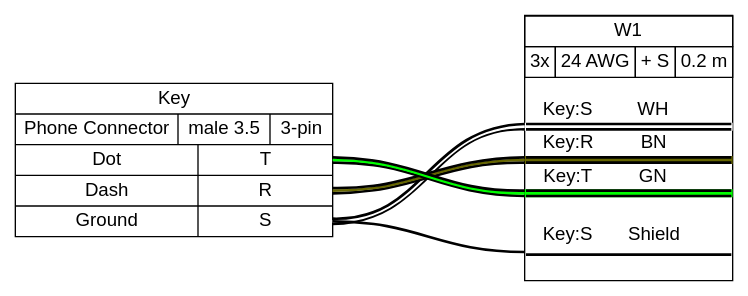
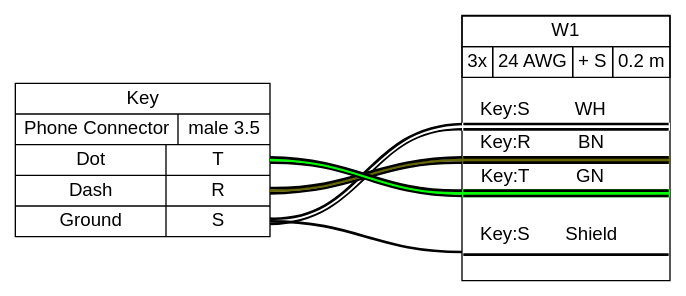
Before and after one commit to wireviz/WireViz: the diagram in examples/ex08.gv, drawn with Graphviz. The commit also changed 4 other files, not shown here.

```diff
--- a/examples/ex08.gv
+++ b/examples/ex08.gv
@@ -1,17 +1,17 @@
 graph {
 // Graph generated by WireViz
 // https://github.com/formatc1702/WireViz
 	graph [bgcolor=white fontname=arial nodesep=0.33 rankdir=LR ranksep=2]
 	node [fillcolor=white fontname=arial shape=record style=filled]
 	edge [fontname=arial style=bold]
-	Key [label="Key|{Phone Connector|male 3.5|3-pin}|{{Dot|Dash|Ground}|{<pTr>T|<pRr>R|<pSr>S}}"]
+	Key [label="Key|{Phone Connector|male 3.5}|{{Dot|Dash|Ground}|{<pTr>T|<pRr>R|<pSr>S}}"]
 	edge [color="#000000:#ffffff:#000000"]
 	Key:pSr:e -- W1:w1:w
 	edge [color="#000000:#666600:#000000"]
 	Key:pRr:e -- W1:w2:w
 	edge [color="#000000:#00ff00:#000000"]
 	Key:pTr:e -- W1:w3:w
 	edge [color="#000000"]
 	Key:pSr:e -- W1:ws:w
 	W1 [label=<<table border="0" cellspacing="0" cellpadding="0"><tr><td><table border="0" cellspacing="0" cellpadding="3" cellborder="1"><tr><td colspan="4">W1</td></tr><tr><td>3x</td><td>24 AWG</td><td>+ S</td><td>0.2 m</td></tr></table></td></tr><tr><td>&nbsp;</td></tr><tr><td><table border="0" cellspacing="0" cellborder="0"><tr><td>Key:S</td><td>WH</td><td><!-- 1_out --></td></tr><tr><td colspan="3" cellpadding="0" height="6" bgcolor="#ffffff" border="2" sides="tb" port="w1"></td></tr><tr><td>Key:R</td><td>BN</td><td><!-- 2_out --></td></tr><tr><td colspan="3" cellpadding="0" height="6" bgcolor="#666600" border="2" sides="tb" port="w2"></td></tr><tr><td>Key:T</td><td>GN</td><td><!-- 3_out --></td></tr><tr><td colspan="3" cellpadding="0" height="6" bgcolor="#00ff00" border="2" sides="tb" port="w3"></td></tr><tr><td>&nbsp;</td></tr><tr><td>Key:S</td><td>Shield</td><td><!-- s_out --></td></tr><tr><td colspan="3" cellpadding="0" height="6" border="2" sides="b" port="ws"></td></tr><tr><td>&nbsp;</td></tr></table></td></tr></table>> fillcolor=white margin=0 shape=box style=""]
 }
```
